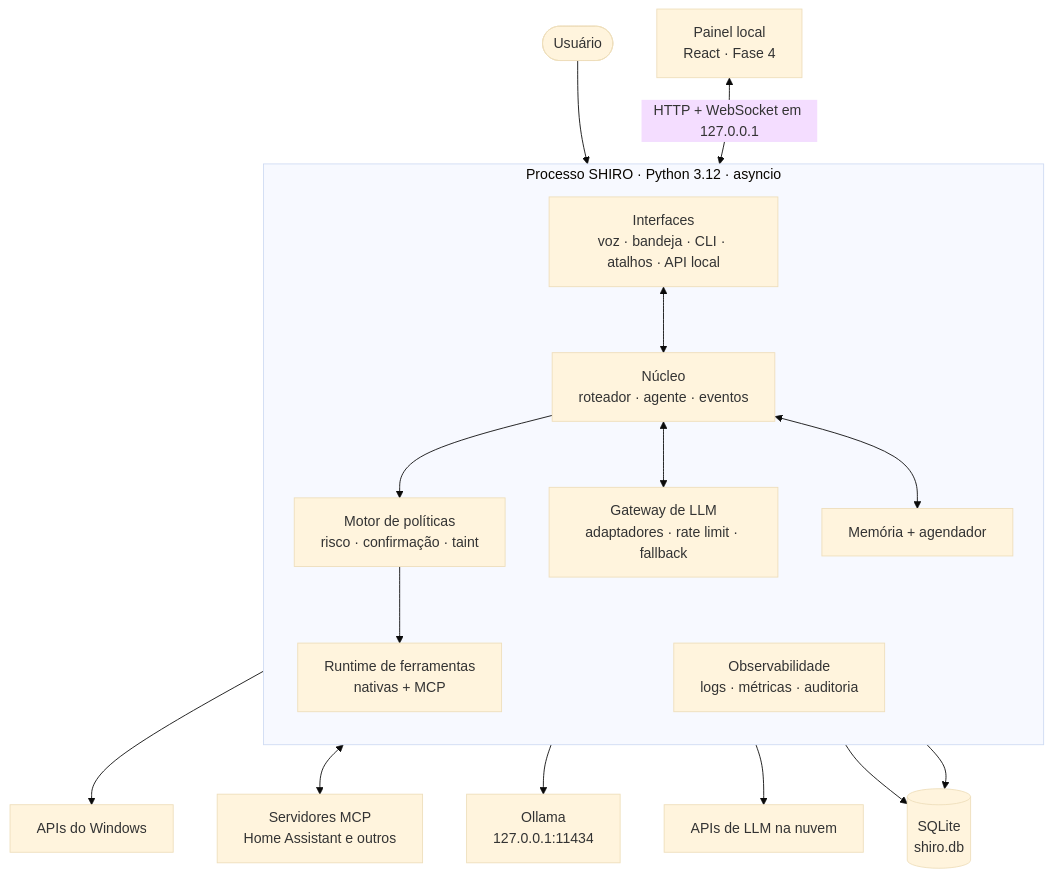
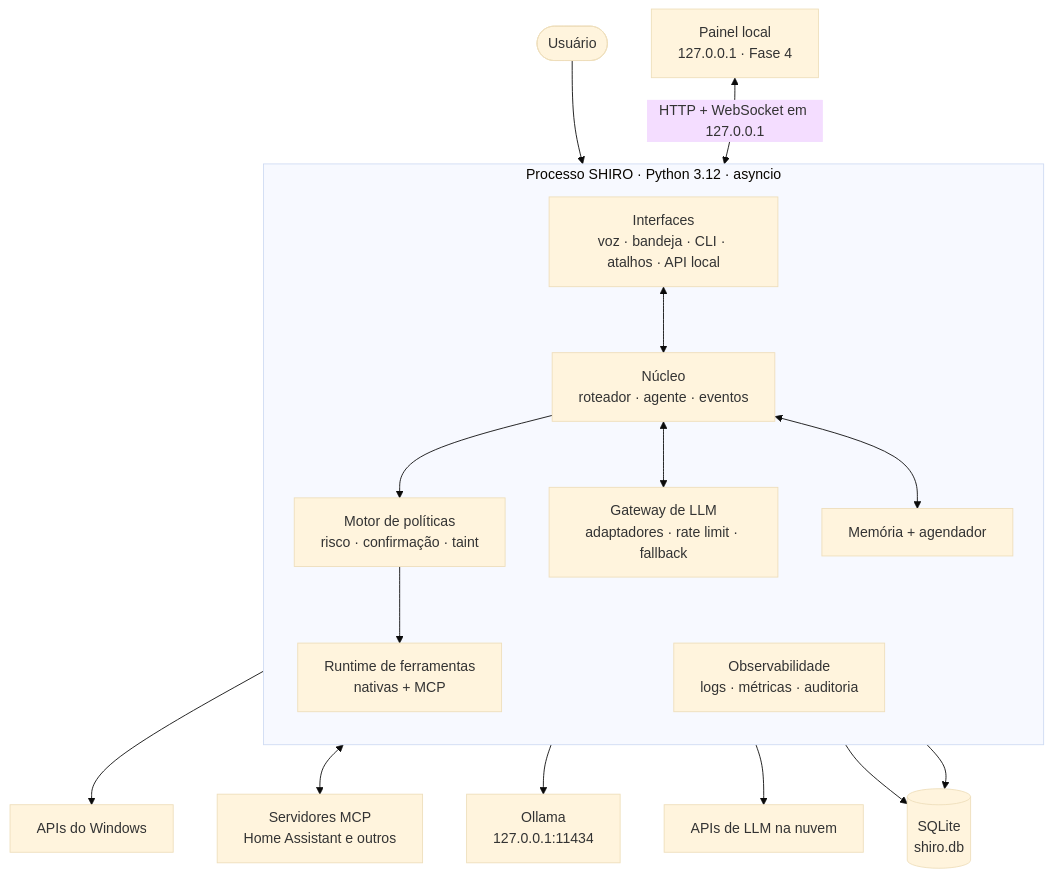
Before and after one commit to VitorAngN/Shiro-Agente: the second of 8 diagrams in docs/03-arquitetura.md, drawn with Mermaid (base theme). The commit also changed 33 other files, not shown here.

First line of the commit message:
feat(fase4): painel local no loopback com eventos ao vivo (ADR-0019)

````diff
--- a/docs/03-arquitetura.md
+++ b/docs/03-arquitetura.md
@@ -42,34 +42,34 @@
 ```mermaid
 flowchart TB
     user(["Usuário"])
     subgraph proc["Processo SHIRO · Python 3.12 · asyncio"]
         direction TB
         io["Interfaces<br/>voz · bandeja · CLI · atalhos · API local"]
         core["Núcleo<br/>roteador · agente · eventos"]
         policy["Motor de políticas<br/>risco · confirmação · taint"]
         tools["Runtime de ferramentas<br/>nativas + MCP"]
         llmgw["Gateway de LLM<br/>adaptadores · rate limit · fallback"]
         mem["Memória + agendador"]
         obs["Observabilidade<br/>logs · métricas · auditoria"]
     end
     db[("SQLite<br/>shiro.db")]
     ollama["Ollama<br/>127.0.0.1:11434"]
     cloud["APIs de LLM na nuvem"]
     mcp["Servidores MCP<br/>Home Assistant e outros"]
     win["APIs do Windows"]
-    dash["Painel local<br/>React · Fase 4"]
+    dash["Painel local<br/>127.0.0.1 · Fase 4"]
 
     user --> io
     io <--> core
     core --> policy
     policy --> tools
     core <--> llmgw
     core <--> mem
     tools --> win
     tools <--> mcp
     llmgw --> ollama
     llmgw --> cloud
     mem --> db
     obs --> db
     dash <-->|"HTTP + WebSocket em 127.0.0.1"| io
 ```
````
